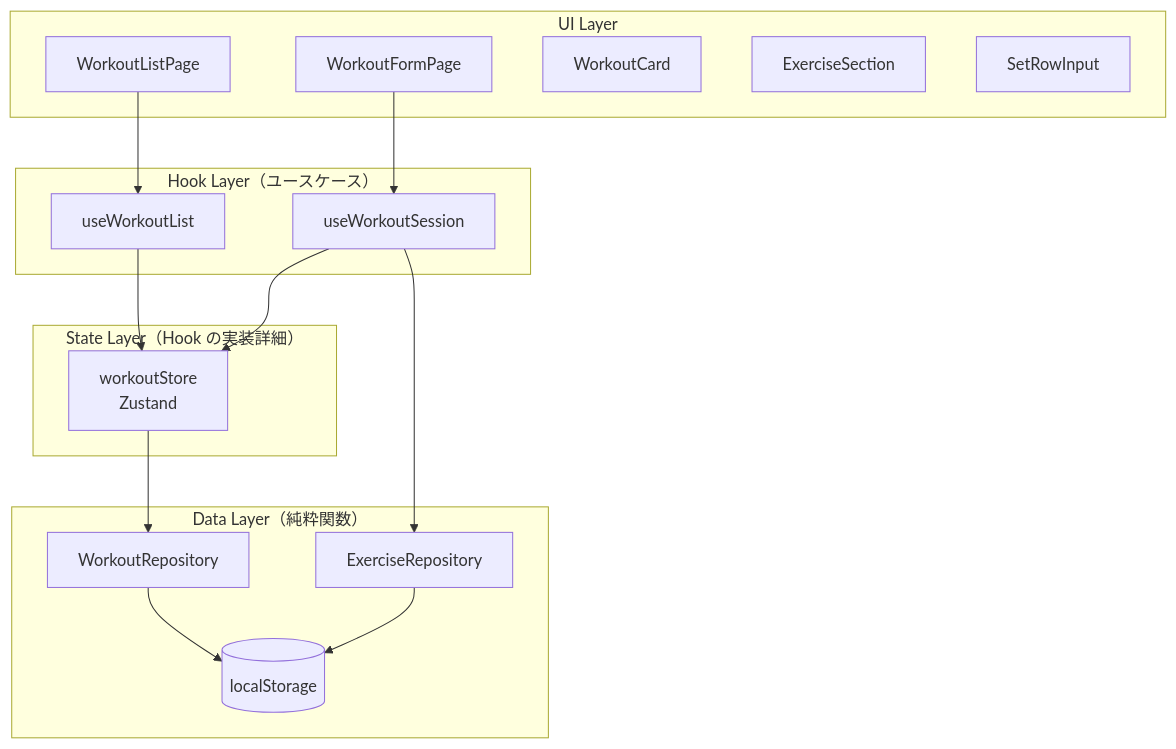
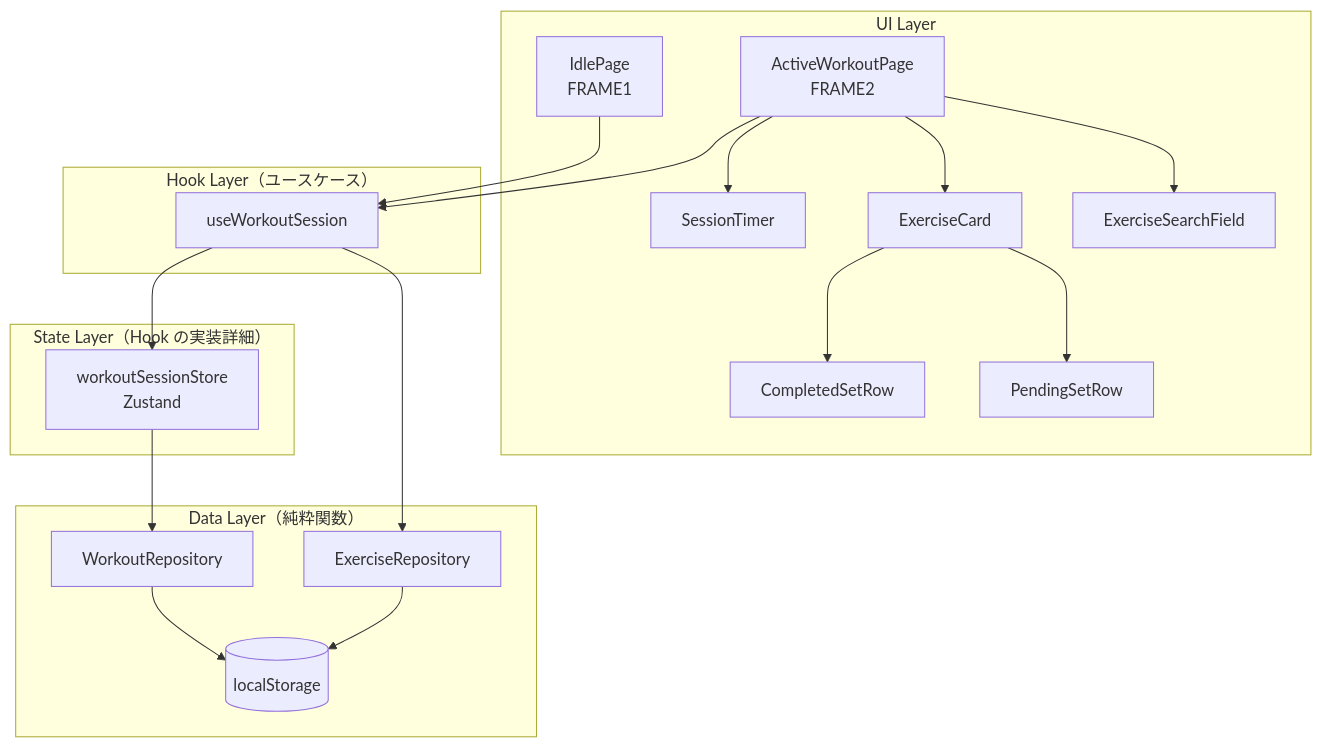
Before and after one commit to SakumaTakuya/gymini: the diagram in .sdd/specification/workout/index_design.md, drawn with Mermaid. The commit also changed other lines of this file and 3 other files, not shown here.

````diff
--- a/.sdd/specification/workout/index_design.md
+++ b/.sdd/specification/workout/index_design.md
@@ -108,34 +98,39 @@
 ```mermaid
 graph TD
     subgraph "UI Layer"
-        WLP[WorkoutListPage]
-        WFP[WorkoutFormPage]
-        WC[WorkoutCard]
-        ES[ExerciseSection]
-        SRI[SetRowInput]
+        IP[IdlePage<br/>FRAME1]
+        AWP[ActiveWorkoutPage<br/>FRAME2]
+        EC[ExerciseCard]
+        CSR[CompletedSetRow]
+        PSR[PendingSetRow]
+        ST[SessionTimer]
+        ESF[ExerciseSearchField]
     end
 
     subgraph "Hook Layer（ユースケース）"
-        HWL[useWorkoutList]
         HWS[useWorkoutSession]
     end
 
     subgraph "State Layer（Hook の実装詳細）"
-        WS[workoutStore<br/>Zustand]
+        WSS[workoutSessionStore<br/>Zustand]
     end
 
     subgraph "Data Layer（純粋関数）"
         WR[WorkoutRepository]
         ER[ExerciseRepository]
         LS[(localStorage)]
     end
 
-    WLP --> HWL
-    WFP --> HWS
-    HWL --> WS
-    HWS --> WS
+    IP --> HWS
+    AWP --> HWS
+    AWP --> ST
+    AWP --> EC
+    AWP --> ESF
+    EC --> CSR
+    EC --> PSR
+    HWS --> WSS
     HWS --> ER
-    WS --> WR
+    WSS --> WR
     WR --> LS
     ER --> LS
 ```
````
